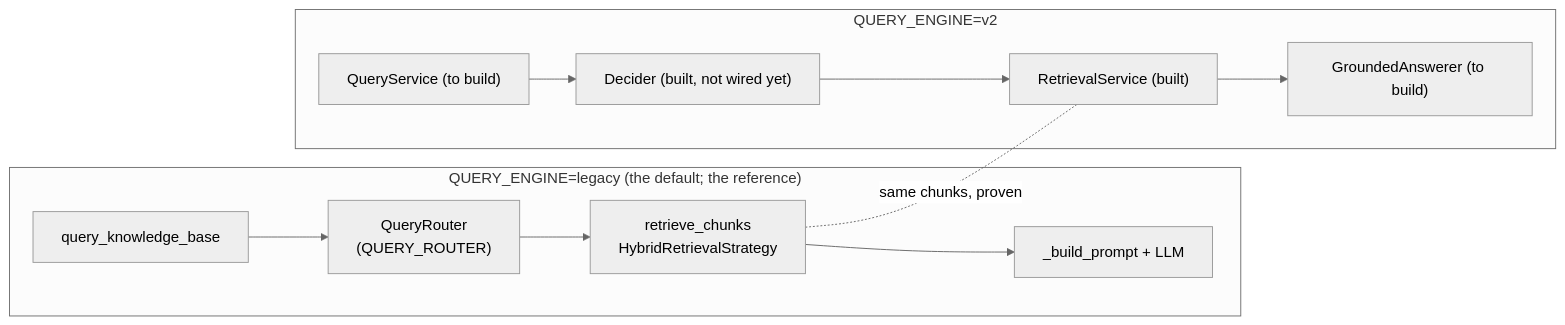
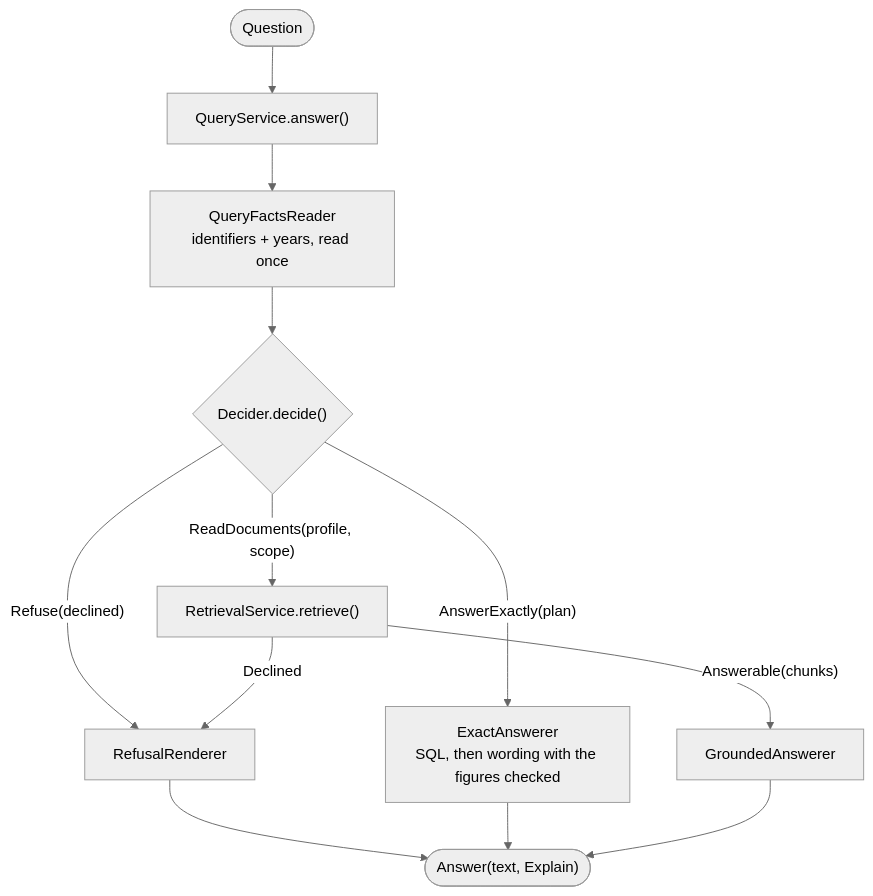
Before and after one commit to olythy/docs-agent: the diagram in docs/query-pipeline-design.md, drawn with Mermaid (neutral theme). The commit also changed other lines of this file and 30 other files, not shown here.

First line of the commit message:
refactor(query): one retrieval profile, best_chunks; retire the vector profile, RETRIEVAL_STRATEGY and the old benchmark

````diff
--- a/docs/query-pipeline-design.md
+++ b/docs/query-pipeline-design.md
@@ -140,10 +37,14 @@
 ```mermaid
-flowchart LR
-    subgraph legacy["QUERY_ENGINE=legacy (the default; the reference)"]
-        L1["query_knowledge_base"] --> L2["QueryRouter<br/>(QUERY_ROUTER)"] --> L3["retrieve_chunks<br/>HybridRetrievalStrategy"] --> L4["_build_prompt + LLM"]
-    end
-    subgraph v2["QUERY_ENGINE=v2"]
-        N1["QueryService (to build)"] --> N2["Decider (built, not wired yet)"] --> N3["RetrievalService (built)"] --> N4["GroundedAnswerer (to build)"]
-    end
-    L3 -. "same chunks, proven" .- N3
+flowchart TD
+    Q(["Question"]) --> SVC["QueryService.answer()"]
+    SVC --> FR["QueryFactsReader<br/>identifiers + years, read once"]
+    FR --> DEC{"Decider.decide()"}
+    DEC -- "Refuse(declined)" --> REN["RefusalRenderer"]
+    DEC -- "AnswerExactly(plan)" --> EXA["ExactAnswerer<br/>SQL, then wording with the figures checked"]
+    DEC -- "ReadDocuments(profile, scope)" --> RET["RetrievalService.retrieve()"]
+    RET -- "Declined" --> REN
+    RET -- "Answerable(chunks)" --> GRO["GroundedAnswerer"]
+    REN --> OUT(["Answer(text, Explain)"])
+    EXA --> OUT
+    GRO --> OUT
 ```
````
